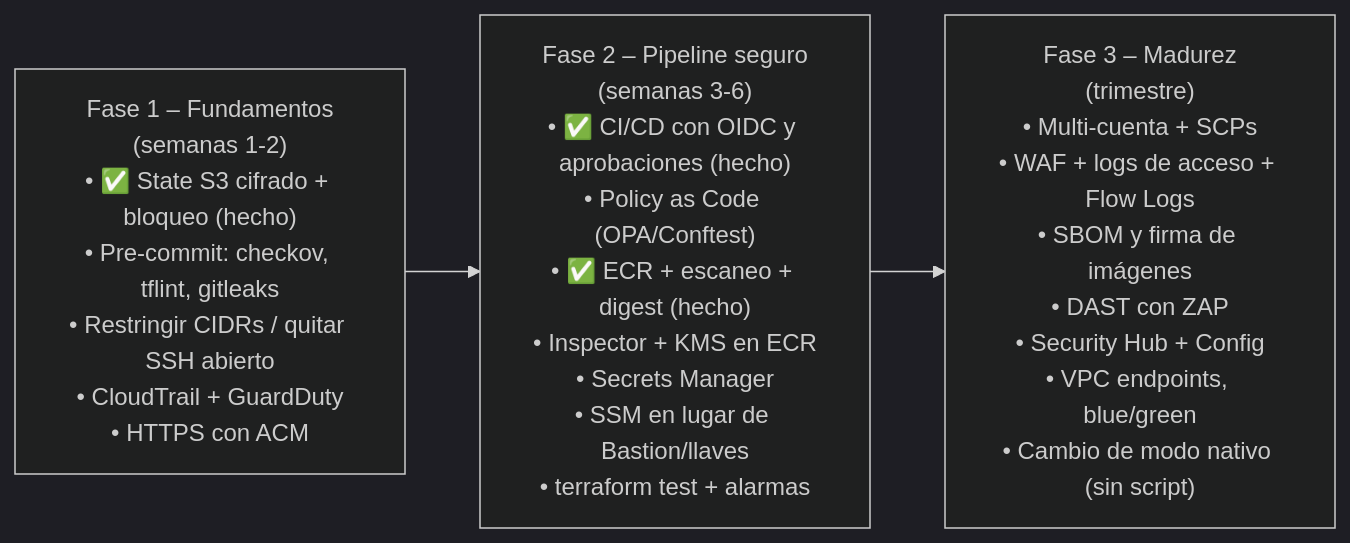
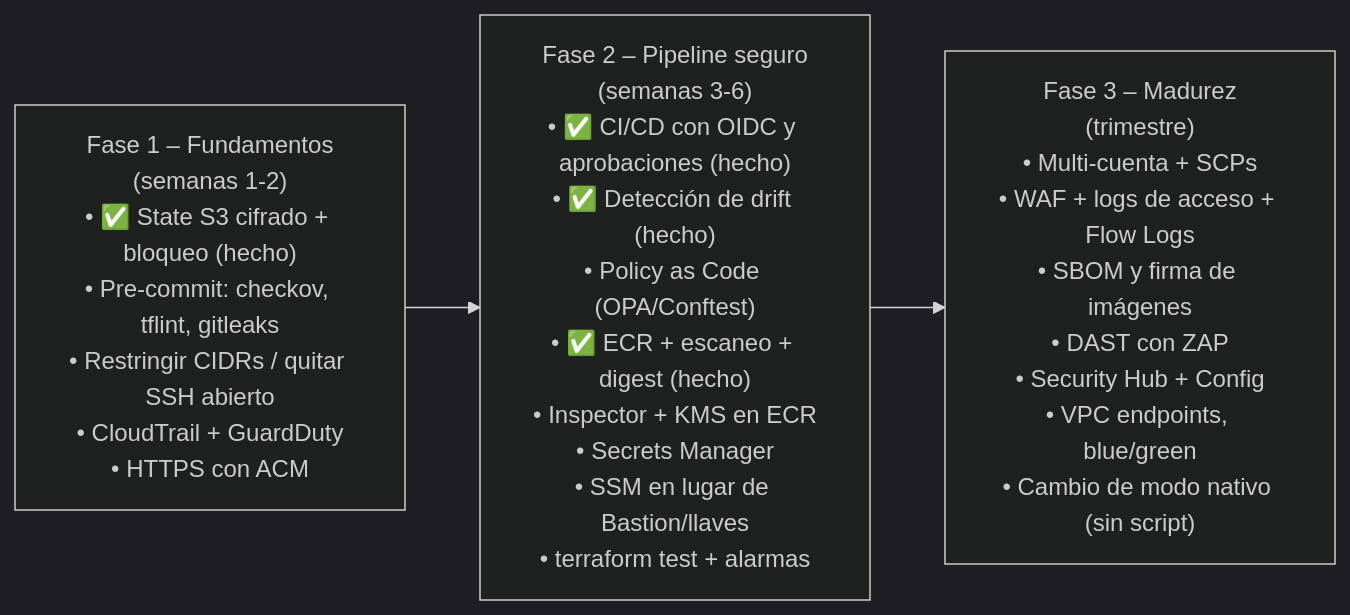
Before and after one commit to adrianjsosag/Sr-Labs: the sixth of 6 diagrams in Serverless/ECS-Fargate/Terraform/README.md, drawn with Mermaid (dark theme). The commit also changed other lines of this file and 2 other files, not shown here.

First line of the commit message:
Add manual Terraform drift check workflow

````diff
--- a/Serverless/ECS-Fargate/Terraform/README.md
+++ b/Serverless/ECS-Fargate/Terraform/README.md
@@ -989,7 +990,7 @@
 ```mermaid
 flowchart LR
     F1["Fase 1 – Fundamentos<br/>(semanas 1-2)<br/>• ✅ State S3 cifrado + bloqueo (hecho)<br/>• Pre-commit: checkov, tflint, gitleaks<br/>• Restringir CIDRs / quitar SSH abierto<br/>• CloudTrail + GuardDuty<br/>• HTTPS con ACM"]
-    F2["Fase 2 – Pipeline seguro<br/>(semanas 3-6)<br/>• ✅ CI/CD con OIDC y aprobaciones (hecho)<br/>• Policy as Code (OPA/Conftest)<br/>• ✅ ECR + escaneo + digest (hecho)<br/>• Inspector + KMS en ECR<br/>• Secrets Manager<br/>• SSM en lugar de Bastion/llaves<br/>• terraform test + alarmas"]
+    F2["Fase 2 – Pipeline seguro<br/>(semanas 3-6)<br/>• ✅ CI/CD con OIDC y aprobaciones (hecho)<br/>• ✅ Detección de drift (hecho)<br/>• Policy as Code (OPA/Conftest)<br/>• ✅ ECR + escaneo + digest (hecho)<br/>• Inspector + KMS en ECR<br/>• Secrets Manager<br/>• SSM en lugar de Bastion/llaves<br/>• terraform test + alarmas"]
     F3["Fase 3 – Madurez<br/>(trimestre)<br/>• Multi-cuenta + SCPs<br/>• WAF + logs de acceso + Flow Logs<br/>• SBOM y firma de imágenes<br/>• DAST con ZAP<br/>• Security Hub + Config<br/>• VPC endpoints, blue/green<br/>• Cambio de modo nativo (sin script)"]
     F1 --> F2 --> F3
 ```
````
